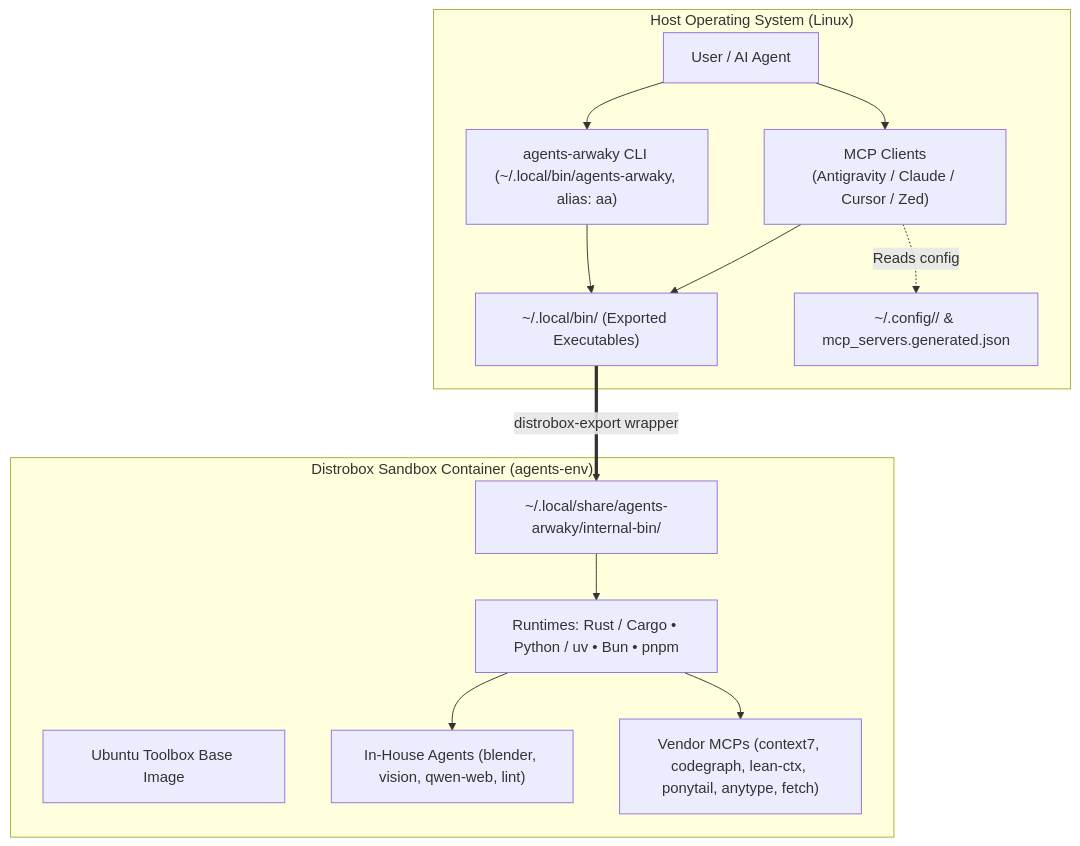
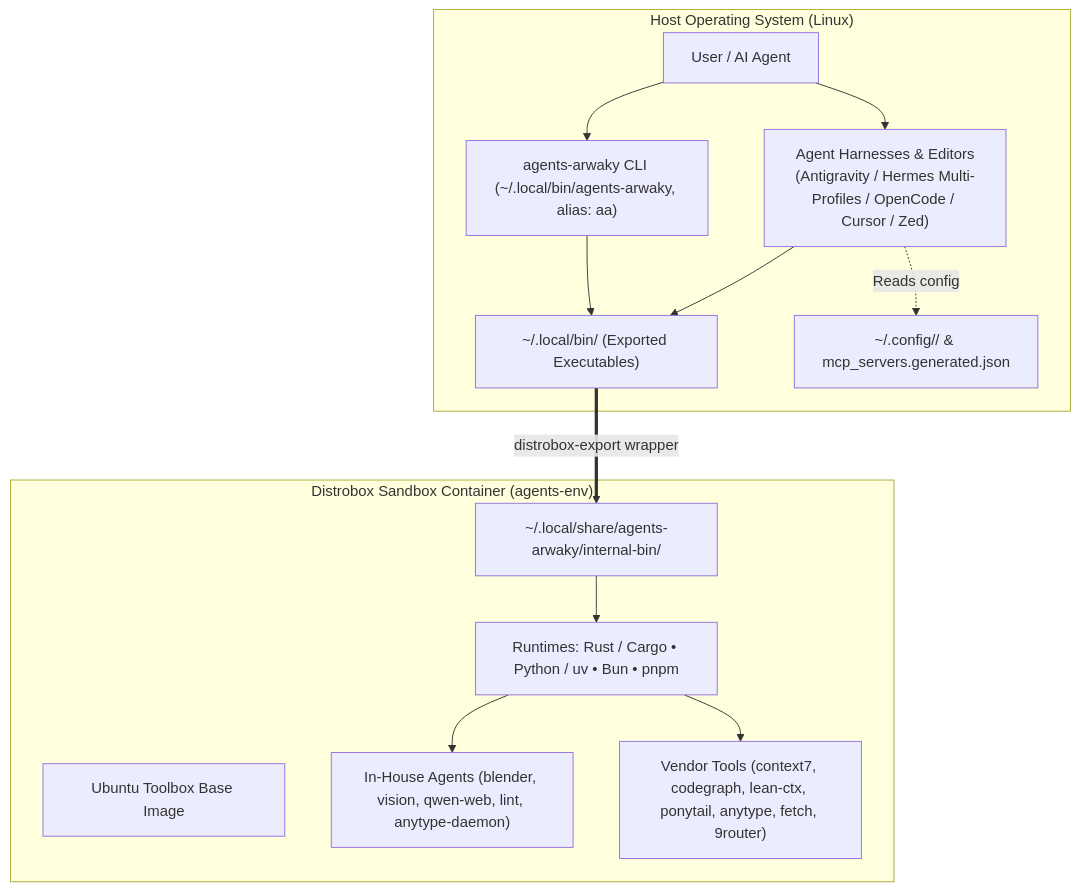
The diagram in README.md (rakaarwaky/agents-arwaky), drawn with Mermaid before and after one commit. The commit also changed other lines of this file and 1 other file, not shown here.

First line of the commit message:
chore(lint-arwaky): mark subproject as dirty

````diff
--- a/README.md
+++ b/README.md
@@ -57,28 +60,28 @@
 ```mermaid
 flowchart TB
     subgraph Host["Host Operating System (Linux)"]
         User["User / AI Agent"]
         CLI["agents-arwaky CLI (~/.local/bin/agents-arwaky, alias: aa)"]
         BinDir["~/.local/bin/ (Exported Executables)"]
-        Clients["MCP Clients\n(Antigravity / Claude / Cursor / Zed)"]
+        Clients["Agent Harnesses & Editors\n(Antigravity / Hermes Multi-Profiles / OpenCode / Cursor / Zed)"]
         Configs["~/.config/<tool>/ & mcp_servers.generated.json"]
     end
 
     subgraph Container["Distrobox Sandbox Container (agents-env)"]
         Base["Ubuntu Toolbox Base Image"]
         Toolchains["Runtimes: Rust / Cargo • Python / uv • Bun • pnpm"]
-        InternalApps["In-House Agents (blender, vision, qwen-web, lint)"]
-        VendorApps["Vendor MCPs (context7, codegraph, lean-ctx, ponytail, anytype, fetch)"]
+        InternalApps["In-House Agents (blender, vision, qwen-web, lint, anytype-daemon)"]
+        VendorApps["Vendor Tools (context7, codegraph, lean-ctx, ponytail, anytype, fetch, 9router)"]
         InternalBin["~/.local/share/agents-arwaky/internal-bin/"]
     end
 
     User --> CLI
     User --> Clients
     Clients -. Reads config .-> Configs
     Clients --> BinDir
     CLI --> BinDir
     BinDir == "distrobox-export wrapper" ==> InternalBin
     InternalBin --> Toolchains
     Toolchains --> InternalApps
     Toolchains --> VendorApps
 ```
````
